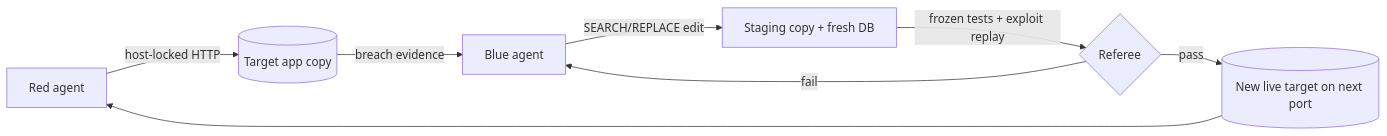
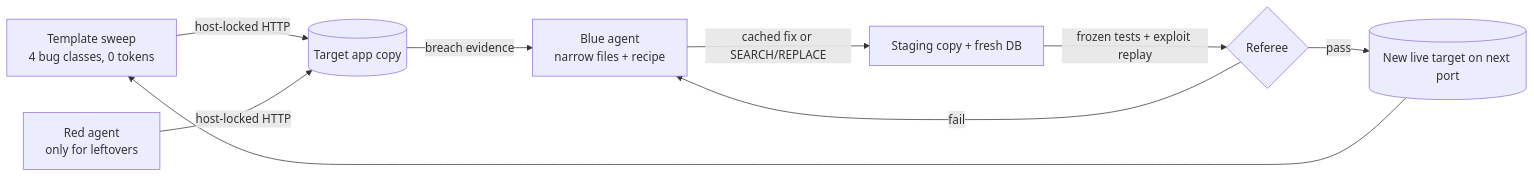
The diagram in README.md (2005legend/redblue-arena), drawn with Mermaid before and after one commit. The commit also changed other lines of this file and 52 other files, not shown here.

First line of the commit message:
feat(arena): add 0-token OpenAPI template sweep, verified patch cache, and honest UI telemetry

````diff
--- a/README.md
+++ b/README.md
@@ -45,10 +68,11 @@
 ```mermaid
 flowchart LR
-  R[Red agent] -- host-locked HTTP --> T[(Target app copy)]
-  T -- breach evidence --> B[Blue agent]
-  B -- SEARCH/REPLACE edit --> S[Staging copy + fresh DB]
+  SW[Template sweep<br/>4 bug classes, 0 tokens] -- host-locked HTTP --> T[(Target app copy)]
+  R[Red agent<br/>only for leftovers] -- host-locked HTTP --> T
+  T -- breach evidence --> B[Blue agent<br/>narrow files + recipe]
+  B -- cached fix or SEARCH/REPLACE --> S[Staging copy + fresh DB]
   S -- frozen tests + exploit replay --> F{Referee}
   F -- pass --> T2[(New live target on next port)]
   F -- fail --> B
-  T2 --> R
+  T2 --> SW
 ```
````
